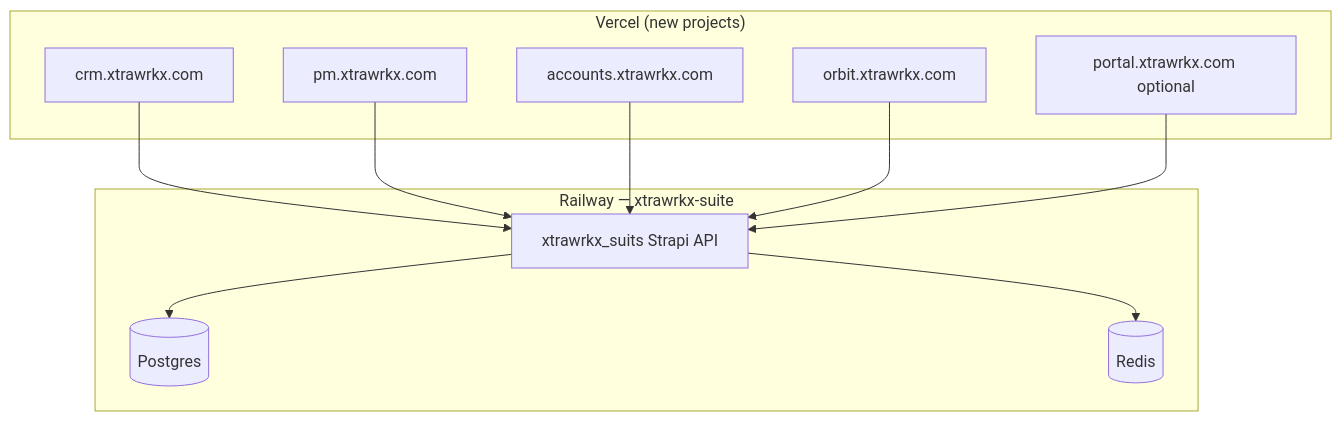
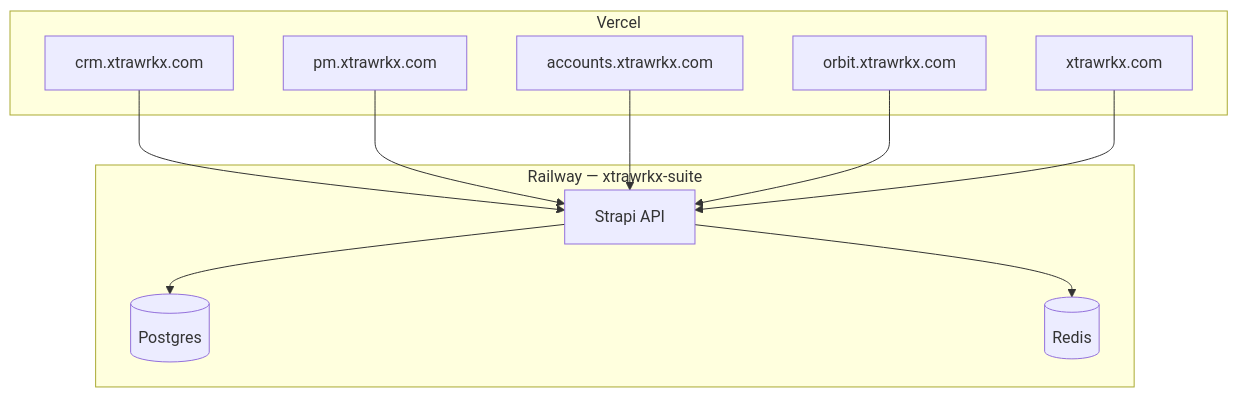
The diagram in docs/XTRAWRKX_PRODUCTION_DEPLOYMENT_GUIDE.md (Webfudge-Systems/xtrawrkx-suite), drawn with Mermaid before and after one commit. The commit also changed other lines of this file and 2 other files, not shown here.

````diff
--- a/docs/XTRAWRKX_PRODUCTION_DEPLOYMENT_GUIDE.md
+++ b/docs/XTRAWRKX_PRODUCTION_DEPLOYMENT_GUIDE.md
@@ -17,24 +22,24 @@
 ```mermaid
 flowchart TB
-  subgraph Vercel["Vercel (new projects)"]
+  subgraph Vercel["Vercel"]
     CRM[crm.xtrawrkx.com]
     PM[pm.xtrawrkx.com]
     ACC[accounts.xtrawrkx.com]
     ORB[orbit.xtrawrkx.com]
-    PORTAL[portal.xtrawrkx.com optional]
+    LAND[xtrawrkx.com]
   end
 
   subgraph Railway["Railway — xtrawrkx-suite"]
-    API[xtrawrkx_suits Strapi API]
+    API[Strapi API]
     PG[(Postgres)]
     RD[(Redis)]
   end
 
   CRM --> API
   PM --> API
   ACC --> API
   ORB --> API
-  PORTAL --> API
+  LAND --> API
   API --> PG
   API --> RD
 ```
````
